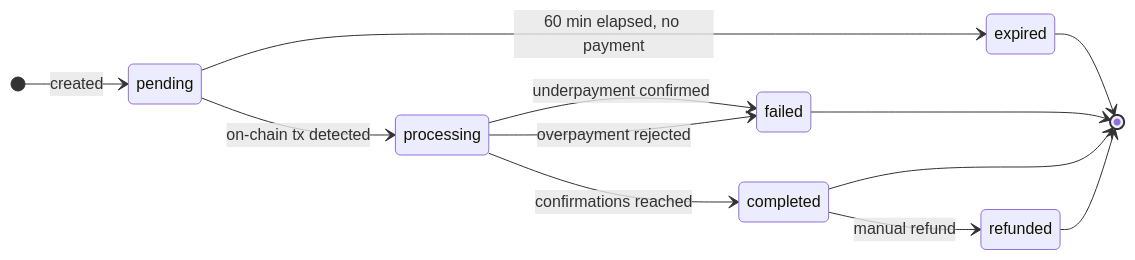
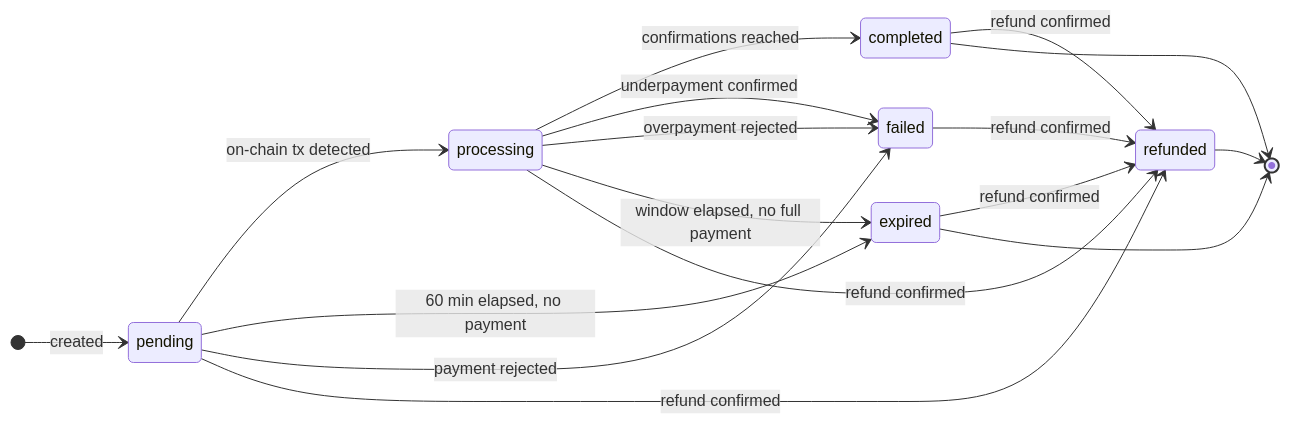
Before and after one commit to southpay/docs: the first of 2 diagrams in payment-intents.mdx, drawn with Mermaid. The commit also changed other lines of this file and 4 other files, not shown here.

First line of the commit message:
Correct payment lifecycle and refund docs against the code (#53)

````diff
--- a/payment-intents.mdx
+++ b/payment-intents.mdx
@@ -151,20 +151,25 @@
 ```mermaid
 stateDiagram-v2
   direction LR
 
   [*] --> pending : created
 
   pending --> processing : on-chain tx detected
   pending --> expired : 60 min elapsed, no payment
+  pending --> failed : payment rejected
+  pending --> refunded : refund confirmed
 
   processing --> completed : confirmations reached
   processing --> failed : underpayment confirmed
   processing --> failed : overpayment rejected
+  processing --> expired : window elapsed, no full payment
+  processing --> refunded : refund confirmed
 
-  completed --> refunded : manual refund
+  completed --> refunded : refund confirmed
+  expired --> refunded : refund confirmed
+  failed --> refunded : refund confirmed
 
   expired --> [*]
-  failed --> [*]
   completed --> [*]
   refunded --> [*]
 ```
````
